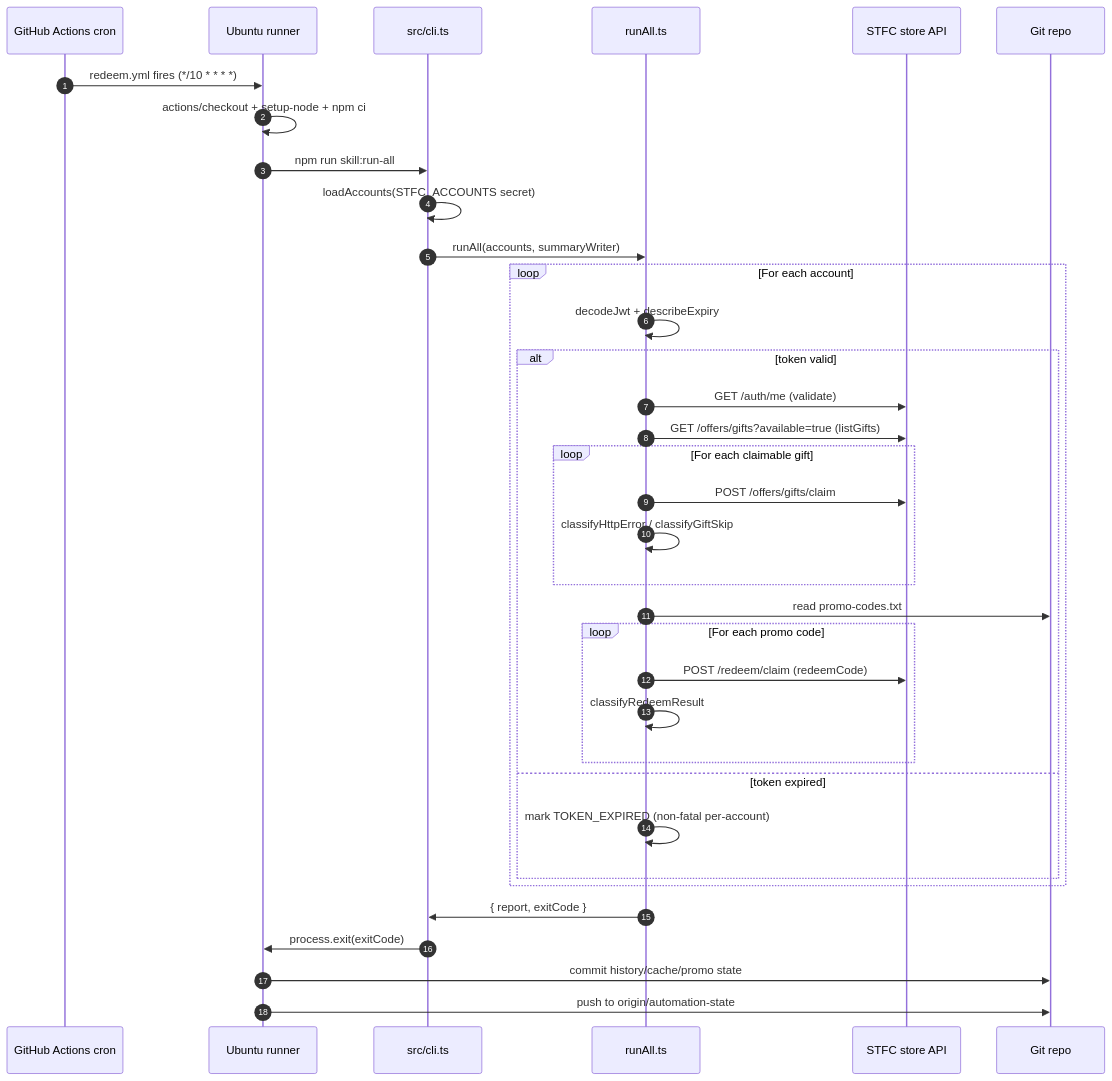
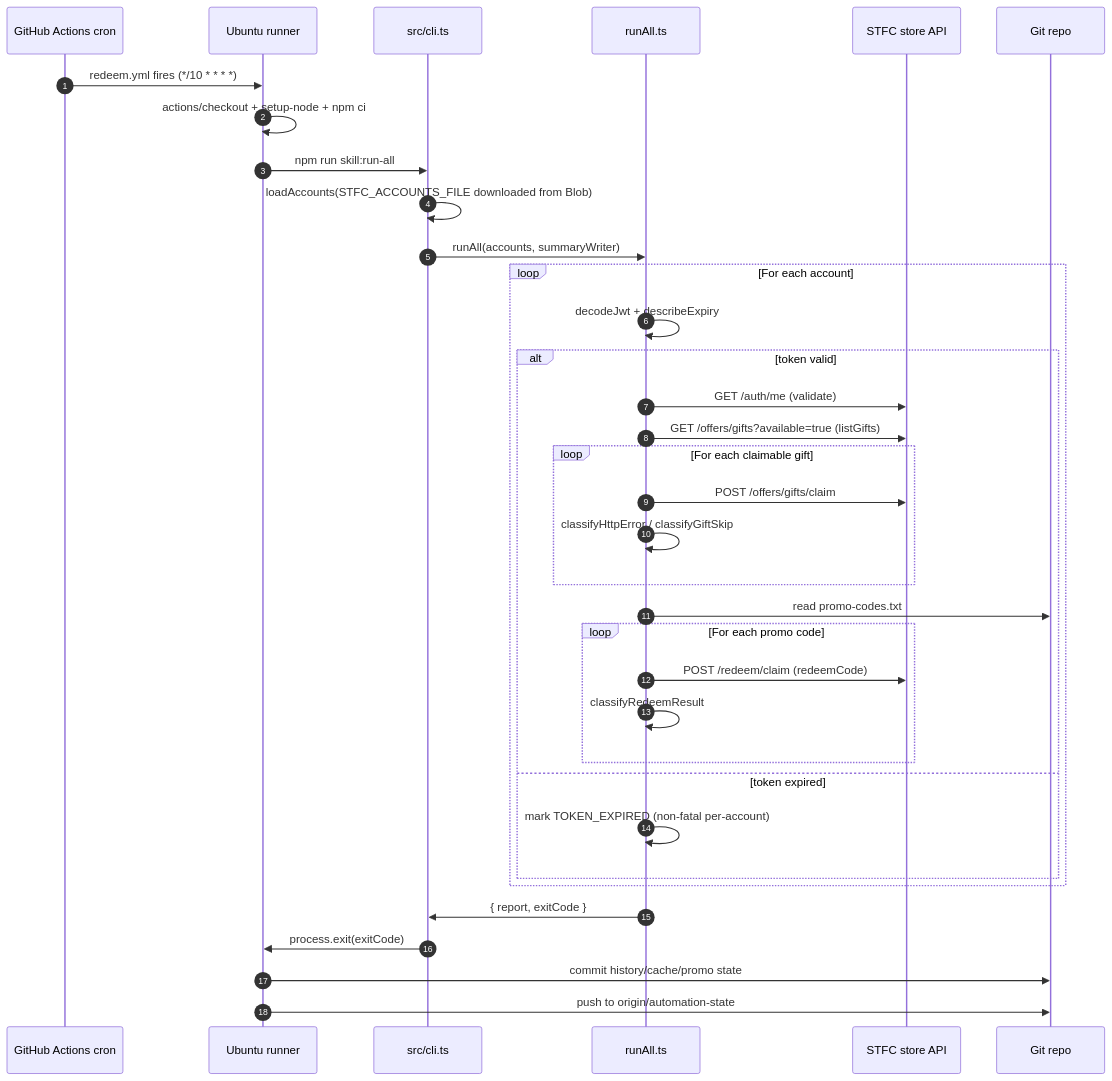
One commit to Jamula/stfc changed the second of 4 diagrams in docs/ARCHITECTURE.md. Above: the diagram before and after it, drawn with Mermaid. The commit also changed other lines of this file and 60 other files, not shown here.

````diff
--- a/docs/ARCHITECTURE.md
+++ b/docs/ARCHITECTURE.md
@@ -401,38 +417,38 @@
 ```mermaid
 sequenceDiagram
   autonumber
   participant Cron as GitHub Actions cron
   participant Runner as Ubuntu runner
   participant CLI as src/cli.ts
   participant Orch as runAll.ts
   participant API as STFC store API
   participant Repo as Git repo
 
   Cron->>Runner: redeem.yml fires (*/10 * * * *)
   Runner->>Runner: actions/checkout + setup-node + npm ci
   Runner->>CLI: npm run skill:run-all
-  CLI->>CLI: loadAccounts(STFC_ACCOUNTS secret)
+  CLI->>CLI: loadAccounts(STFC_ACCOUNTS_FILE downloaded from Blob)
   CLI->>Orch: runAll(accounts, summaryWriter)
   loop For each account
     Orch->>Orch: decodeJwt + describeExpiry
     alt token valid
       Orch->>API: GET /auth/me  (validate)
       Orch->>API: GET /offers/gifts?available=true (listGifts)
       loop For each claimable gift
         Orch->>API: POST /offers/gifts/claim
         Orch->>Orch: classifyHttpError / classifyGiftSkip
       end
       Orch->>Repo: read promo-codes.txt
       loop For each promo code
         Orch->>API: POST /redeem/claim (redeemCode)
         Orch->>Orch: classifyRedeemResult
       end
     else token expired
       Orch->>Orch: mark TOKEN_EXPIRED (non-fatal per-account)
     end
   end
   Orch->>CLI: { report, exitCode }
   CLI->>Runner: process.exit(exitCode)
   Runner->>Repo: commit history/cache/promo state
   Runner->>Repo: push to origin/automation-state
 ```
````
